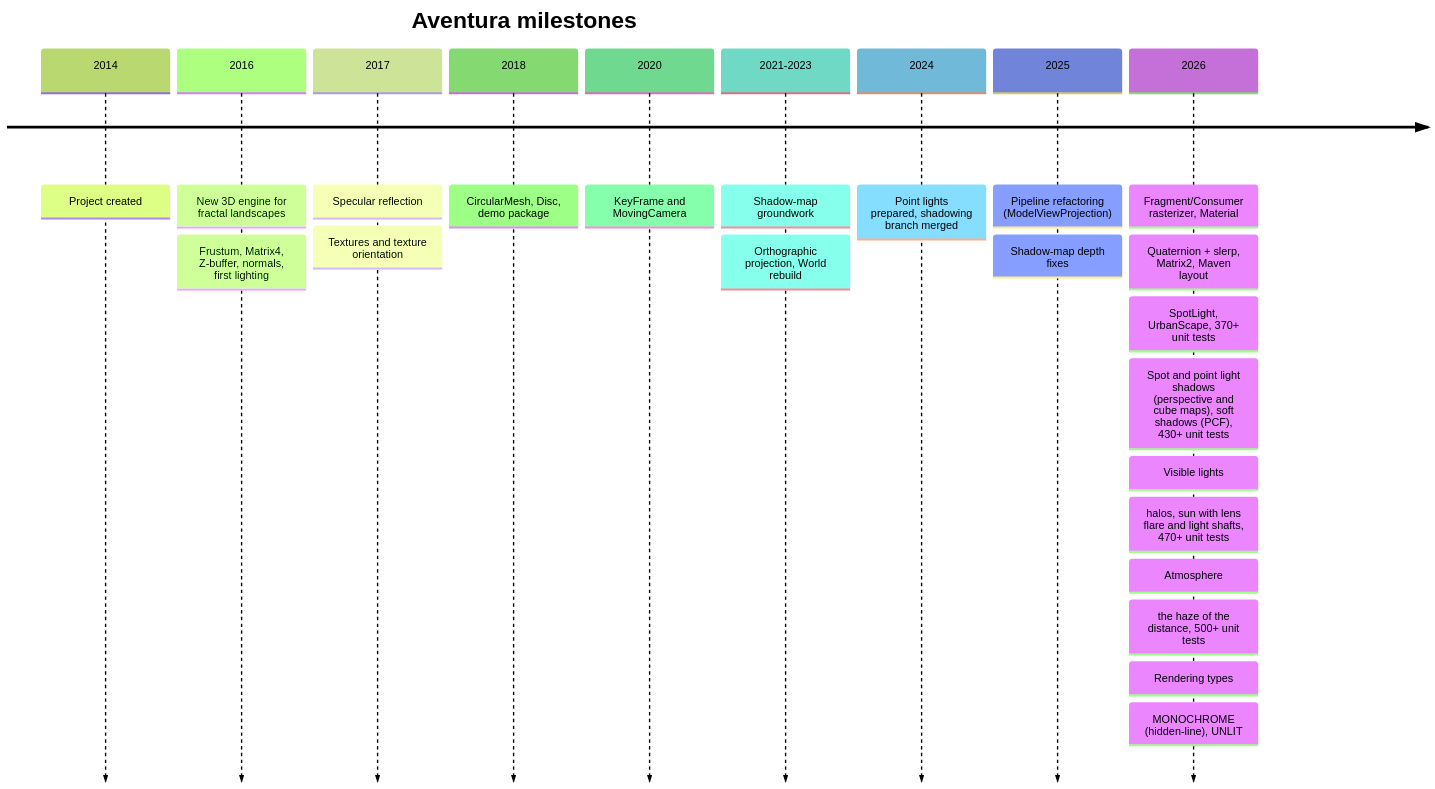
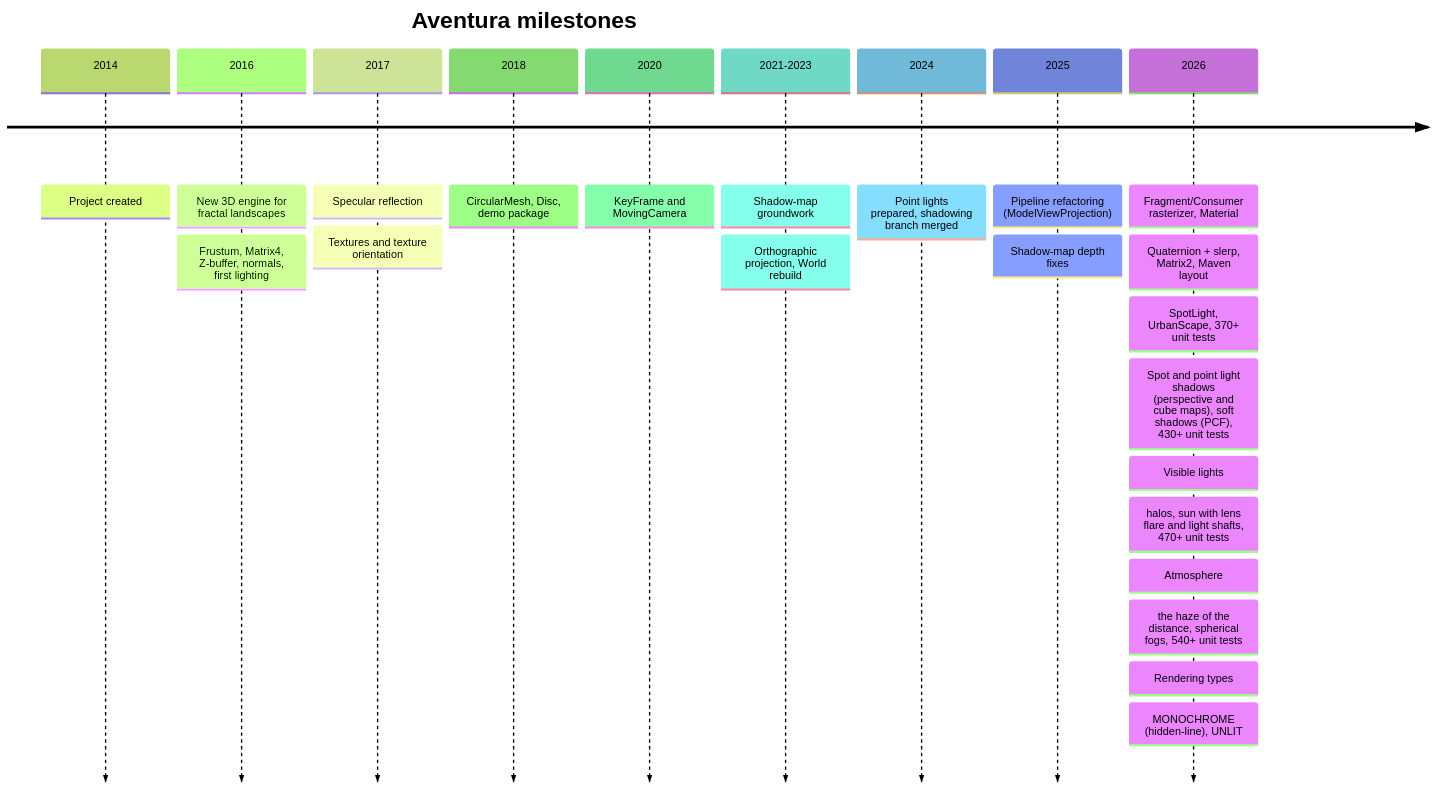
Before and after one commit to obarry/Aventura: diagram 20 of 22 in docs/DESIGN.md, drawn with Mermaid (forest theme). The commit also changed other lines of this file and 35 other files, not shown here.

````diff
--- a/docs/DESIGN.md
+++ b/docs/DESIGN.md
@@ -881,23 +949,23 @@
 ```mermaid
 timeline
     title Aventura milestones
     2014 : Project created
     2016 : New 3D engine for fractal landscapes
          : Frustum, Matrix4, Z-buffer, normals, first lighting
     2017 : Specular reflection
          : Textures and texture orientation
     2018 : CircularMesh, Disc, demo package
     2020 : KeyFrame and MovingCamera
     2021-2023 : Shadow-map groundwork
               : Orthographic projection, World rebuild
     2024 : Point lights prepared, shadowing branch merged
     2025 : Pipeline refactoring (ModelViewProjection)
          : Shadow-map depth fixes
     2026 : Fragment/Consumer rasterizer, Material
          : Quaternion + slerp, Matrix2, Maven layout
          : SpotLight, UrbanScape, 370+ unit tests
          : Spot and point light shadows (perspective and cube maps), soft shadows (PCF), 430+ unit tests
          : Visible lights: halos, sun with lens flare and light shafts, 470+ unit tests
-         : Atmosphere: the haze of the distance, 500+ unit tests
+         : Atmosphere: the haze of the distance, spherical fogs, 540+ unit tests
          : Rendering types: MONOCHROME (hidden-line), UNLIT
 ```
````
